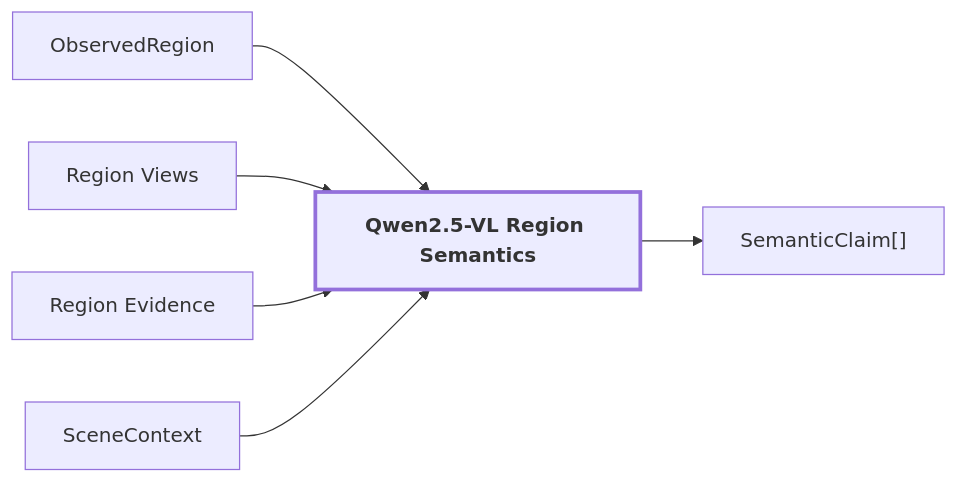
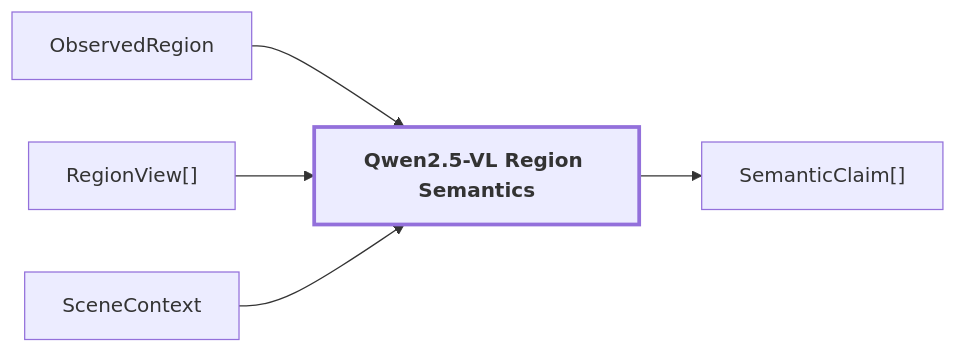
One commit to Alexandre-Tortoza/contextual-3d-mapping changed the diagram in docs/09-region-semantics.md. Above: the diagram before and after it, drawn with Mermaid. The commit also changed other lines of this file, not shown here.

Commit message:
docs: expand region semantics explanation

````diff
--- a/docs/09-region-semantics.md
+++ b/docs/09-region-semantics.md
@@ -5,9 +5,8 @@
 ```mermaid
 flowchart LR
     A["ObservedRegion"] --> E["Qwen2.5-VL Region Semantics"]:::current
-    B["Region Views"] --> E
-    C["Region Evidence"] --> E
-    D["SceneContext"] --> E
+    B["RegionView[]"] --> E
+    C["SceneContext"] --> E
     E --> F["SemanticClaim[]"]
     classDef current stroke-width:3px,font-weight:bold;
 ```
````
